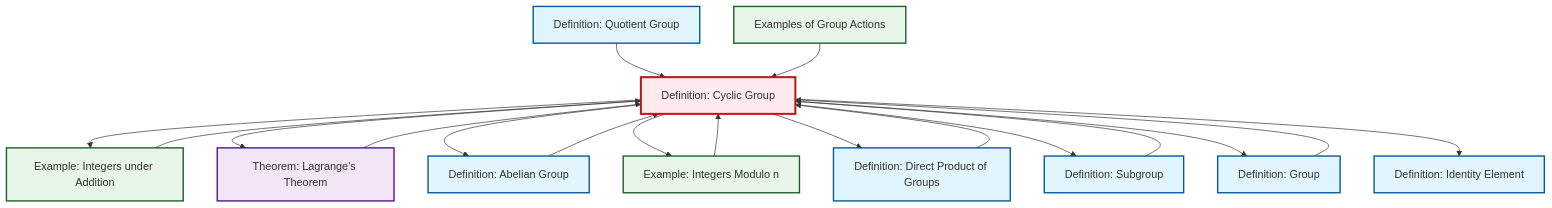
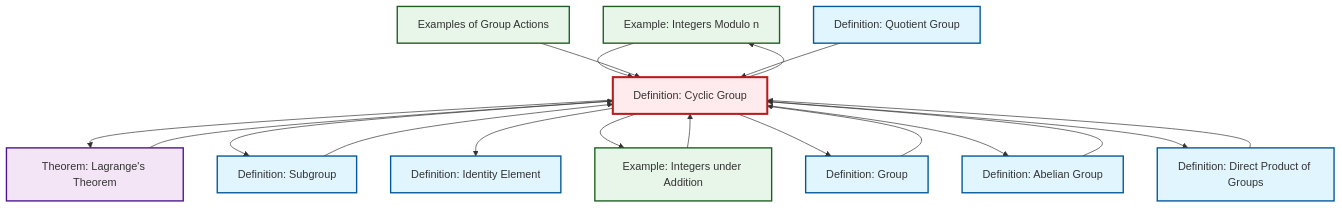
The diagram in content/en/algebra/def-cyclic-group.qmd (RK0429/ModernMath), drawn with Mermaid before and after one commit. The commit also changed other lines of this file and 497 other files, not shown here.

````diff
--- a/content/en/algebra/def-cyclic-group.qmd
+++ b/content/en/algebra/def-cyclic-group.qmd
@@ -97,48 +97,48 @@
 ```{mermaid}
 %%| fig-cap: "Local dependency graph"
 graph TD
     classDef definition fill:#e1f5fe,stroke:#01579b,stroke-width:2px
     classDef theorem fill:#f3e5f5,stroke:#4a148c,stroke-width:2px
     classDef axiom fill:#fff3e0,stroke:#e65100,stroke-width:2px
     classDef example fill:#e8f5e9,stroke:#1b5e20,stroke-width:2px
     classDef current fill:#ffebee,stroke:#b71c1c,stroke-width:3px
-    def-quotient-group["Definition: Quotient Group"]:::definition
-    def-abelian-group["Definition: Abelian Group"]:::definition
-    ex-integers-addition["Example: Integers under Addition"]:::example
     ex-quotient-integers-mod-n["Example: Integers Modulo n"]:::example
     thm-lagrange["Theorem: Lagrange's Theorem"]:::theorem
+    def-quotient-group["Definition: Quotient Group"]:::definition
     def-identity-element["Definition: Identity Element"]:::definition
     def-cyclic-group["Definition: Cyclic Group"]:::definition
+    def-subgroup["Definition: Subgroup"]:::definition
+    def-group["Definition: Group"]:::definition
+    ex-integers-addition["Example: Integers under Addition"]:::example
+    def-abelian-group["Definition: Abelian Group"]:::definition
+    ex-group-action-examples["Examples of Group Actions"]:::example
     def-direct-product["Definition: Direct Product of Groups"]:::definition
-    def-group["Definition: Group"]:::definition
-    ex-group-action-examples["Examples of Group Actions"]:::example
-    def-subgroup["Definition: Subgroup"]:::definition
-    def-cyclic-group --> ex-integers-addition
+    def-cyclic-group --> ex-quotient-integers-mod-n
+    thm-lagrange --> def-cyclic-group
+    ex-integers-addition --> def-cyclic-group
+    def-direct-product --> def-cyclic-group
     def-cyclic-group --> thm-lagrange
-    thm-lagrange --> def-cyclic-group
-    def-cyclic-group --> def-abelian-group
-    ex-integers-addition --> def-cyclic-group
-    def-cyclic-group --> ex-quotient-integers-mod-n
+    def-cyclic-group --> def-subgroup
     ex-quotient-integers-mod-n --> def-cyclic-group
-    def-direct-product --> def-cyclic-group
     def-abelian-group --> def-cyclic-group
     def-group --> def-cyclic-group
+    def-cyclic-group --> def-identity-element
+    def-cyclic-group --> ex-integers-addition
+    def-subgroup --> def-cyclic-group
+    def-cyclic-group --> def-group
+    def-cyclic-group --> def-abelian-group
     def-cyclic-group --> def-direct-product
+    ex-group-action-examples --> def-cyclic-group
     def-quotient-group --> def-cyclic-group
-    ex-group-action-examples --> def-cyclic-group
-    def-cyclic-group --> def-subgroup
-    def-cyclic-group --> def-group
-    def-subgroup --> def-cyclic-group
-    def-cyclic-group --> def-identity-element
     class def-cyclic-group current
-    click def-quotient-group "def-quotient-group.html" "Go to Quotient Group definition"
-    click def-abelian-group "def-abelian-group.html" "Go to Abelian Group definition"
-    click ex-integers-addition "ex-integers-addition.html" "Go to Integers under Addition example"
     click ex-quotient-integers-mod-n "ex-quotient-integers-mod-n.html" "Go to Integers Modulo n example"
     click thm-lagrange "thm-lagrange.html" "Go to Lagrange's Theorem theorem"
+    click def-quotient-group "def-quotient-group.html" "Go to Quotient Group definition"
     click def-identity-element "def-identity-element.html" "Go to Identity Element definition"
+    click def-subgroup "def-subgroup.html" "Go to Subgroup definition"
+    click def-group "def-group.html" "Go to Group definition"
+    click ex-integers-addition "ex-integers-addition.html" "Go to Integers under Addition example"
+    click def-abelian-group "def-abelian-group.html" "Go to Abelian Group definition"
+    click ex-group-action-examples "ex-group-action-examples.html" "Go to Examples of Group Actions"
     click def-direct-product "def-direct-product.html" "Go to Direct Product of Groups definition"
-    click def-group "def-group.html" "Go to Group definition"
-    click ex-group-action-examples "ex-group-action-examples.html" "Go to Examples of Group Actions"
-    click def-subgroup "def-subgroup.html" "Go to Subgroup definition"
 ```
````
